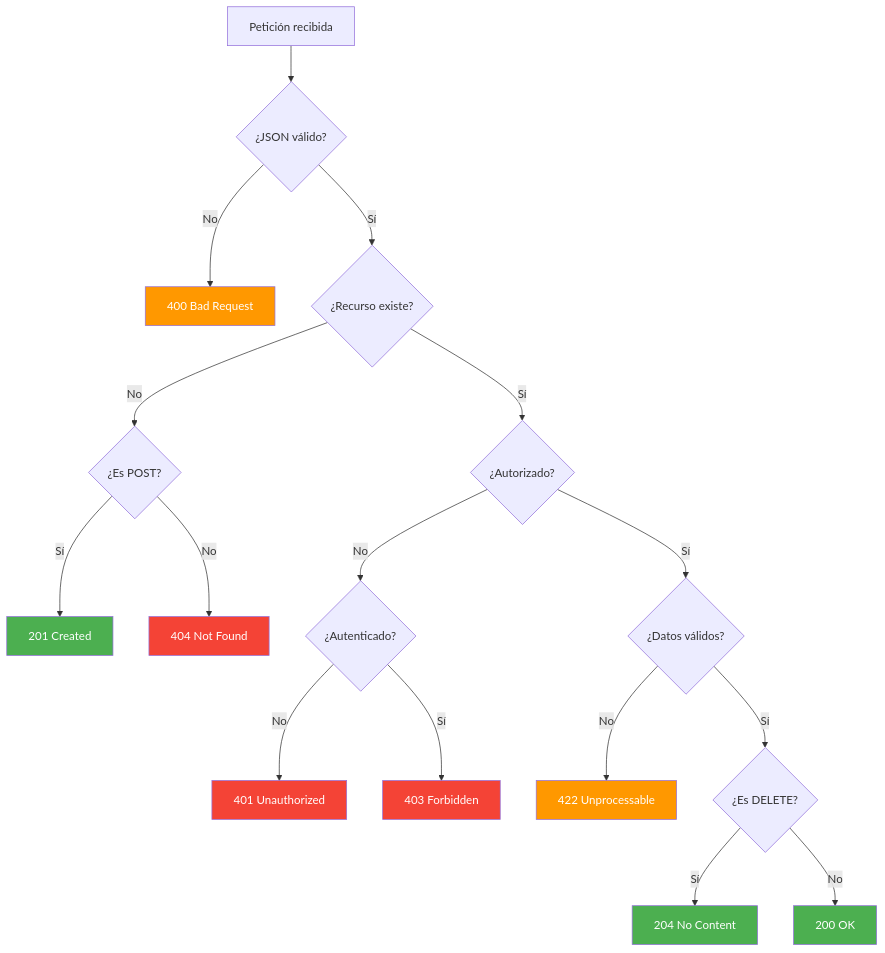
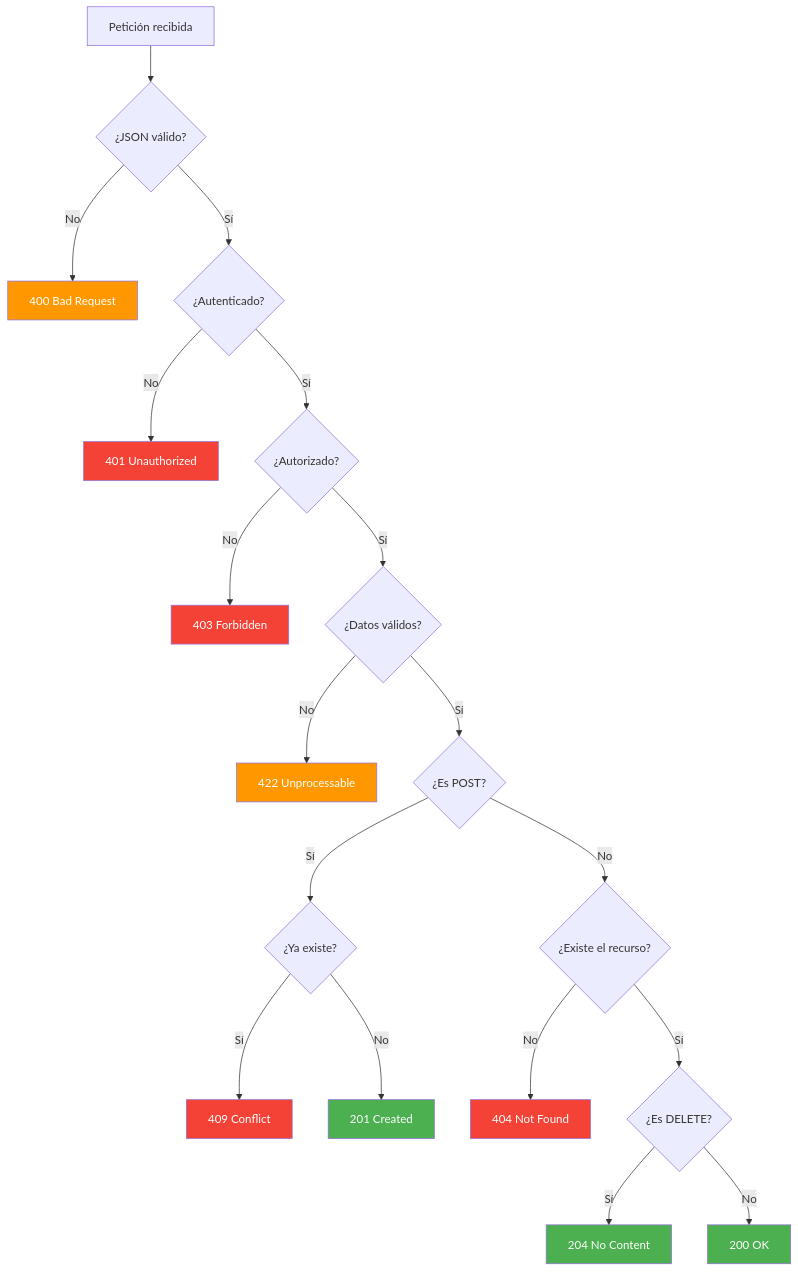
The fourth of 4 diagrams in 02-rest-api.md (joseluisgs/DesarrolloWebEntornosServidor-02-2026-2027), drawn with Mermaid before and after one commit. The commit also changed other lines of this file and 33 other files, not shown here.

````diff
--- a/02-rest-api.md
+++ b/02-rest-api.md
@@ -350,26 +356,29 @@
 ```mermaid
 flowchart TD
     A["Petición recibida"] --> B{"¿JSON válido?"}
     B -->|No| C["400 Bad Request"]
-    B -->|Sí| D{"¿Recurso existe?"}
-    D -->|No| E{"¿Es POST?"}
-    E -->|Sí| F["201 Created"]
-    E -->|No| G["404 Not Found"]
-    D -->|Sí| H{"¿Autorizado?"}
-    H -->|No| I{"¿Autenticado?"}
-    I -->|No| J["401 Unauthorized"]
-    I -->|Sí| K["403 Forbidden"]
-    H -->|Sí| L{"¿Datos válidos?"}
-    L -->|No| M["422 Unprocessable"]
-    L -->|Sí| N{"¿Es DELETE?"}
-    N -->|Sí| O["204 No Content"]
-    N -->|No| P["200 OK"]
+    B -->|Sí| D{"¿Autenticado?"}
+    D -->|No| E["401 Unauthorized"]
+    D -->|Sí| F{"¿Autorizado?"}
+    F -->|No| G["403 Forbidden"]
+    F -->|Sí| H{"¿Datos válidos?"}
+    H -->|No| I["422 Unprocessable"]
+    H -->|Sí| J{"¿Es POST?"}
+    J -->|Sí| K{"¿Ya existe?"}
+    K -->|Sí| L["409 Conflict"]
+    K -->|No| M["201 Created"]
+    J -->|No| N{"¿Existe el recurso?"}
+    N -->|No| O["404 Not Found"]
+    N -->|Sí| P{"¿Es DELETE?"}
+    P -->|Sí| Q["204 No Content"]
+    P -->|No| R["200 OK"]
     style C fill:#FF9800,color:#fff
-    style F fill:#4CAF50,color:#fff
+    style E fill:#f44336,color:#fff
     style G fill:#f44336,color:#fff
-    style J fill:#f44336,color:#fff
-    style K fill:#f44336,color:#fff
-    style M fill:#FF9800,color:#fff
-    style O fill:#4CAF50,color:#fff
-    style P fill:#4CAF50,color:#fff
+    style I fill:#FF9800,color:#fff
+    style L fill:#f44336,color:#fff
+    style M fill:#4CAF50,color:#fff
+    style O fill:#f44336,color:#fff
+    style Q fill:#4CAF50,color:#fff
+    style R fill:#4CAF50,color:#fff
 ```
````
